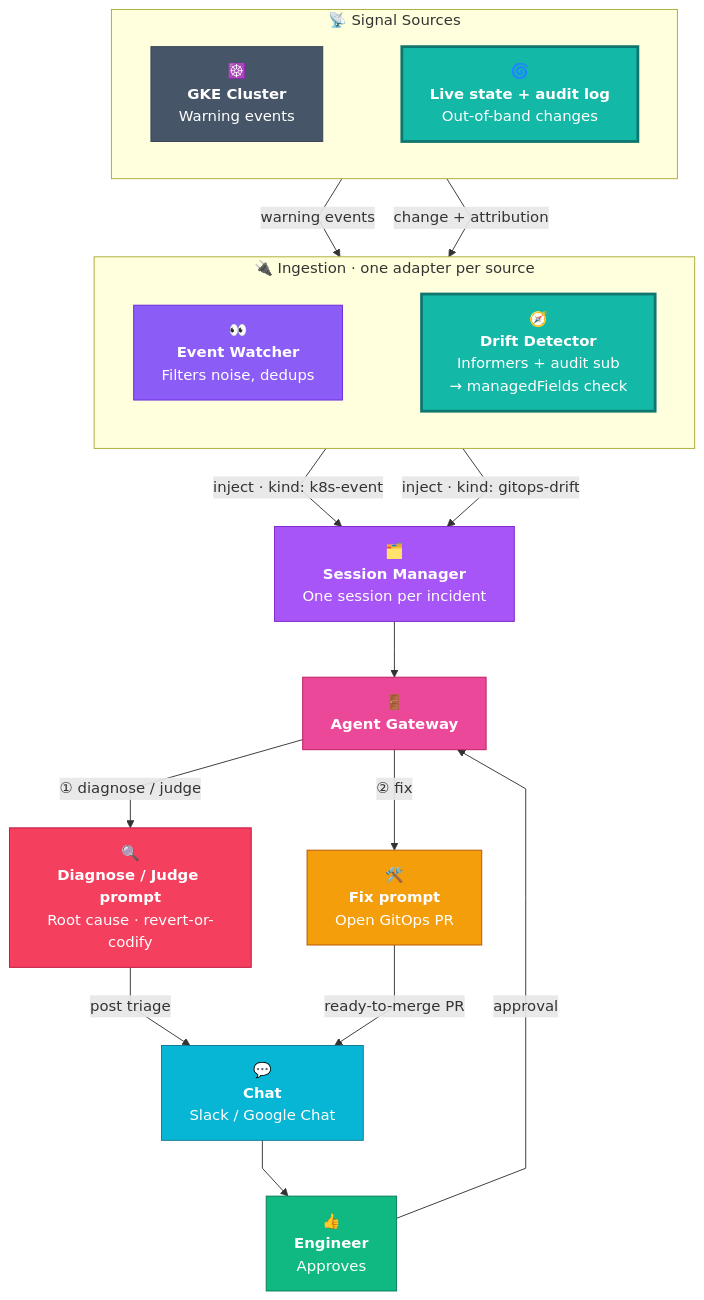
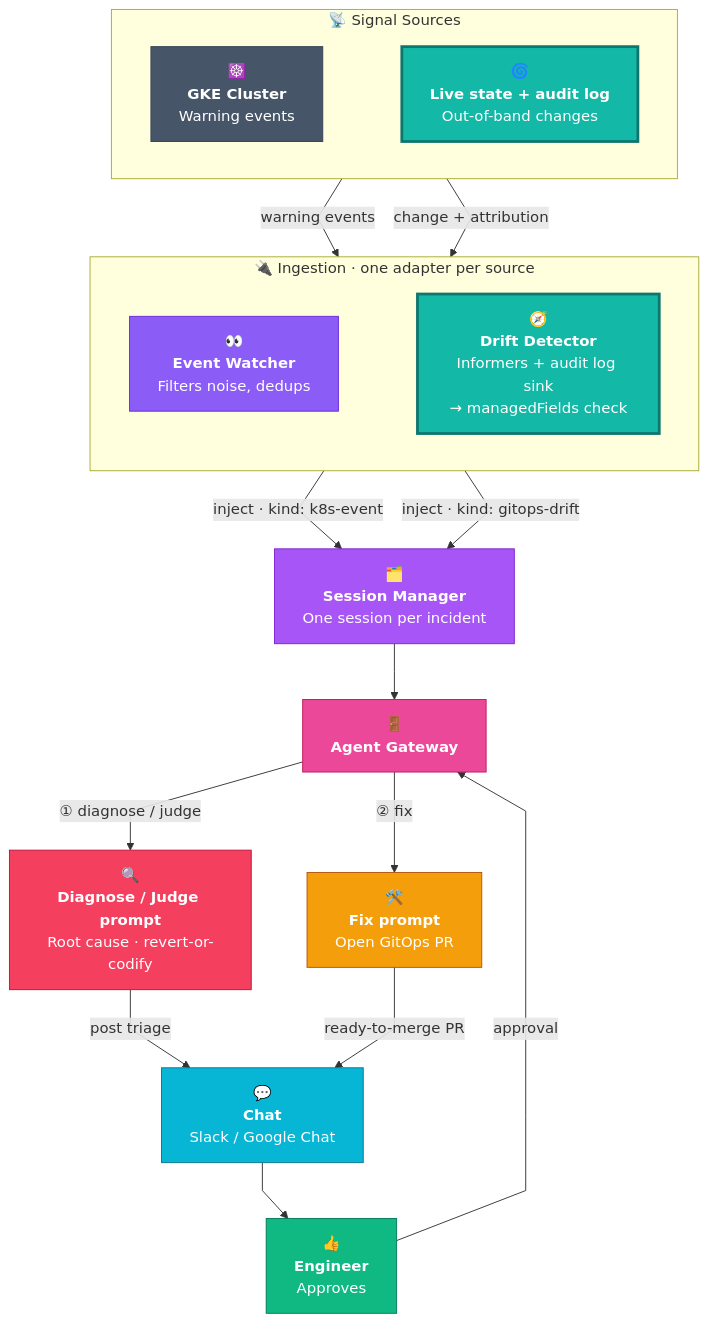
One commit to gke-labs/kube-agents changed the second of 2 diagrams in agents/platform/docs/drift-detection.md. Above: the diagram before and after it, drawn with Mermaid. The commit also changed other lines of this file, not shown here.

First line of the commit message:
docs(drift): state where desired state comes from and how audit logs are ingested

````diff
--- a/agents/platform/docs/drift-detection.md
+++ b/agents/platform/docs/drift-detection.md
@@ -59,58 +64,58 @@
 ```mermaid
 %%{init: {'flowchart': {'curve': 'linear', 'nodeSpacing': 60, 'rankSpacing': 60}}}%%
 flowchart TB
     subgraph SOURCES["📡 Signal Sources"]
         direction LR
         CLUSTER["☸️<br/><b>GKE Cluster</b><br/>Warning events"]
         DRIFT["🌀<br/><b>Live state + audit log</b><br/>Out-of-band changes"]
         CLUSTER ~~~ DRIFT
     end
 
     subgraph INGEST["🔌 Ingestion · one adapter per source"]
         direction LR
         WATCH["👀<br/><b>Event Watcher</b><br/>Filters noise, dedups"]
-        DDET["🧭<br/><b>Drift Detector</b><br/>Informers + audit sub<br/>→ managedFields check"]
+        DDET["🧭<br/><b>Drift Detector</b><br/>Informers + audit log sink<br/>→ managedFields check"]
         WATCH ~~~ DDET
     end
 
     SESS["🗂️<br/><b>Session Manager</b><br/>One session per incident"]
     GW["🚪<br/><b>Agent Gateway</b>"]
     DIAG["🔍<br/><b>Diagnose / Judge prompt</b><br/>Root cause · revert-or-codify"]
     CHAT["💬<br/><b>Chat</b><br/>Slack / Google Chat"]
     HUMAN["👍<br/><b>Engineer</b><br/>Approves"]
     FIX["🛠️<br/><b>Fix prompt</b><br/>Open GitOps PR"]
 
     CLUSTER -->|warning events| WATCH
     DRIFT -->|change + attribution| DDET
 
     WATCH -->|inject · kind: k8s-event| SESS
     DDET -->|inject · kind: gitops-drift| SESS
 
     SESS --> GW
     GW -->|① diagnose / judge| DIAG
     DIAG -->|post triage| CHAT
     CHAT --> HUMAN
     HUMAN -->|approval| GW
     GW -->|② fix| FIX
     FIX -->|ready-to-merge PR| CHAT
 
     classDef source fill:#475569,stroke:#334155,color:#fff;
     classDef drift fill:#14B8A6,stroke:#0F766E,stroke-width:3px,color:#fff;
     classDef ingest fill:#8B5CF6,stroke:#6D28D9,color:#fff;
     classDef sess fill:#A855F7,stroke:#7E22CE,color:#fff;
     classDef gw fill:#EC4899,stroke:#BE185D,color:#fff;
     classDef agent fill:#F43F5E,stroke:#BE123C,color:#fff;
     classDef chat fill:#06B6D4,stroke:#0E7490,color:#fff;
     classDef human fill:#10B981,stroke:#047857,color:#fff;
     classDef fix fill:#F59E0B,stroke:#B45309,color:#fff;
 
     class CLUSTER source;
     class DRIFT,DDET drift;
     class WATCH ingest;
     class SESS sess;
     class GW gw;
     class DIAG agent;
     class CHAT chat;
     class HUMAN human;
     class FIX fix;
 ```
````
